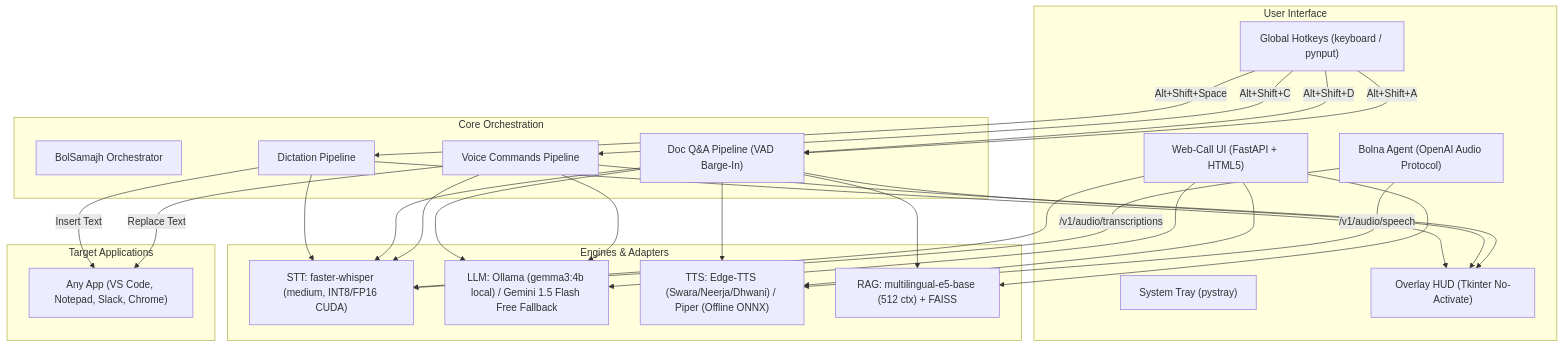
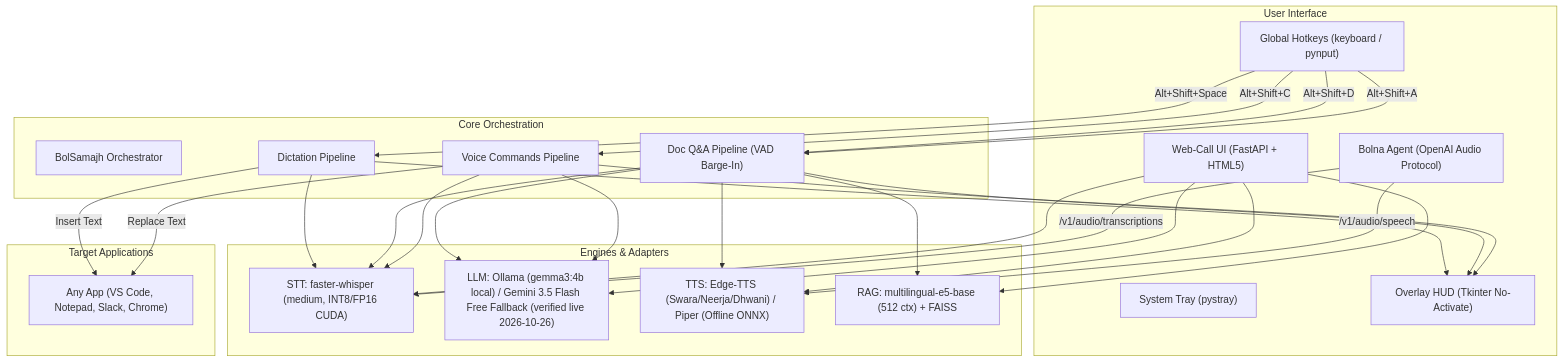
Before and after one commit to P1Manav/BolSamajh: the diagram in README.md, drawn with Mermaid. The commit also changed 8 other files, not shown here.

Commit message:
fix(tier-1): update default Gemini model to gemini-3.5-flash with live verification and automatic 404 Flash fallback

````diff
--- a/README.md
+++ b/README.md
@@ -77,56 +77,56 @@
 ```mermaid
 graph TD
     subgraph User Interface
         Tray["System Tray (pystray)"]
         Hotkeys["Global Hotkeys (keyboard / pynput)"]
         HUD["Overlay HUD (Tkinter No-Activate)"]
         WebUI["Web-Call UI (FastAPI + HTML5)"]
         BolnaAgent["Bolna Agent (OpenAI Audio Protocol)"]
     end
 
     subgraph Core Orchestration
         Main["BolSamajh Orchestrator"]
         DictPipe["Dictation Pipeline"]
         DocPipe["Doc Q&A Pipeline (VAD Barge-In)"]
         CmdPipe["Voice Commands Pipeline"]
     end
 
     subgraph Engines & Adapters
         STT["STT: faster-whisper (medium, INT8/FP16 CUDA)"]
-        LLM["LLM: Ollama (gemma3:4b local) / Gemini 1.5 Flash Free Fallback"]
+        LLM["LLM: Ollama (gemma3:4b local) / Gemini 3.5 Flash Free Fallback (verified live 2026-10-26)"]
         TTS["TTS: Edge-TTS (Swara/Neerja/Dhwani) / Piper (Offline ONNX)"]
         RAG["RAG: multilingual-e5-base (512 ctx) + FAISS"]
     end
 
     subgraph Target Applications
         Apps["Any App (VS Code, Notepad, Slack, Chrome)"]
     end
 
     Hotkeys -->|Alt+Shift+Space| DictPipe
     Hotkeys -->|Alt+Shift+D| DocPipe
     Hotkeys -->|Alt+Shift+A| DocPipe
     Hotkeys -->|Alt+Shift+C| CmdPipe
 
     DictPipe --> STT
     DictPipe -->|Insert Text| Apps
     DictPipe --> HUD
 
     DocPipe --> STT
     DocPipe --> RAG
     DocPipe --> LLM
     DocPipe --> TTS
     DocPipe --> HUD
 
     CmdPipe --> STT
     CmdPipe --> LLM
     CmdPipe -->|Replace Text| Apps
     CmdPipe --> HUD
 
     WebUI --> STT
     WebUI --> RAG
     WebUI --> LLM
     WebUI --> TTS
 
     BolnaAgent -->|/v1/audio/transcriptions| STT
     BolnaAgent -->|/v1/audio/speech| TTS
 ```
````
